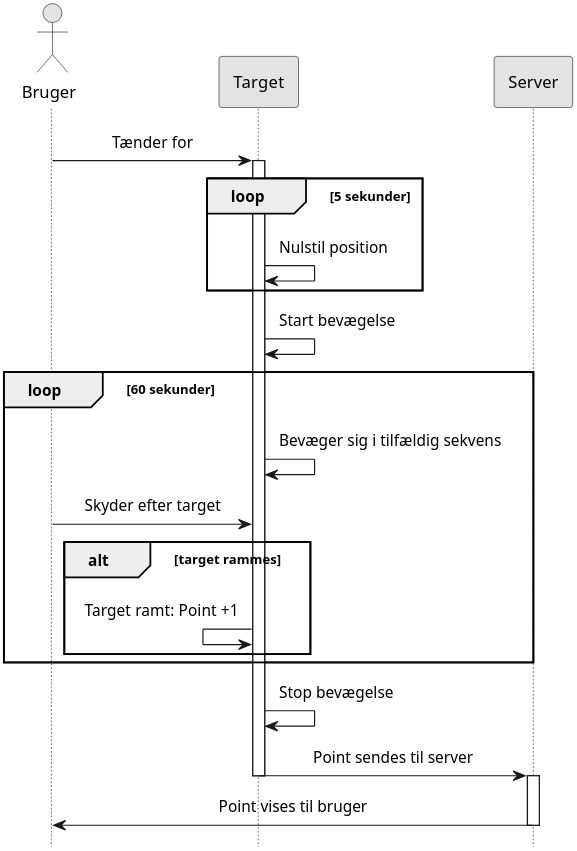
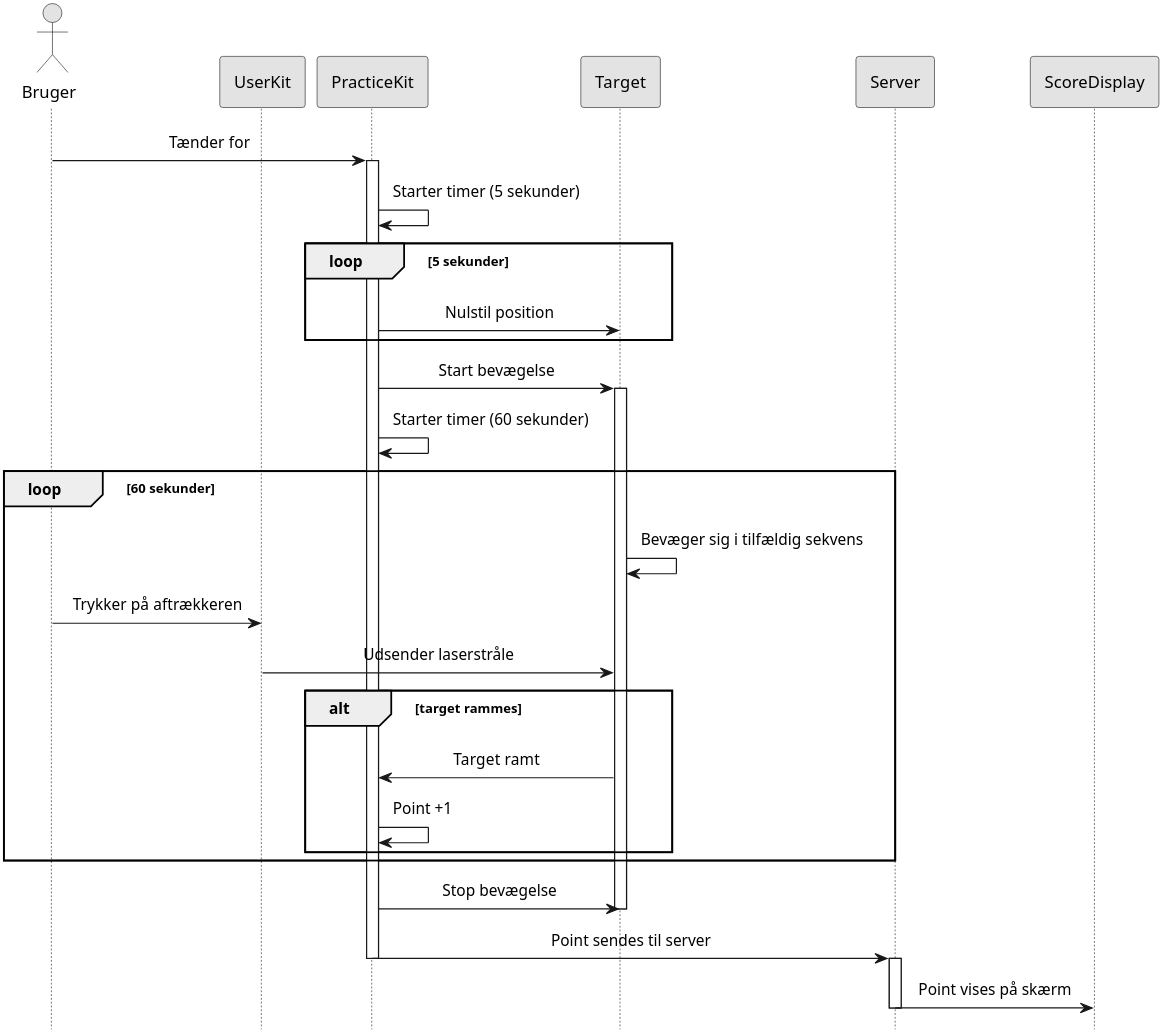
The diagram in PlantUML/ssd_uc1.plantuml (LasseKrarup/Laser-Tag-Project), drawn with PlantUML before and after one commit. The commit also changed 2 other files, not shown here.

```diff
--- a/PlantUML/ssd_uc1.plantuml
+++ b/PlantUML/ssd_uc1.plantuml
@@ -1,46 +1,57 @@
 @startuml ssd-uc1
 
 hide footbox
 
 skinparam {
     monochrome true
     dpi 300
     padding 5
     sequenceMessageAlign center
     packageStyle frame
     shadowing false
     'backgroundColor transparent
 }
 
 actor Bruger as user
 
-participant "Target" as tgt
-participant "Server" as svr
+participant "UserKit" as userKit
+participant "PracticeKit" as practiceKit
+participant "Target" as target
+participant "Server" as server
+participant "ScoreDisplay" as screen
 
 '== Use case 1 ==
+user -> practiceKit: Tænder for
 
-user -> tgt: Tænder for
-activate tgt
+activate practiceKit
+
+practiceKit -> practiceKit: Starter timer (5 sekunder)
 loop 5 sekunder
-    tgt -> tgt: Nulstil position
+    practiceKit -> target: Nulstil position
 end
-tgt -> tgt: Start bevægelse
 
+practiceKit -> target: Start bevægelse
+activate target
+
+practiceKit -> practiceKit: Starter timer (60 sekunder)
 loop 60 sekunder
-    tgt -> tgt: Bevæger sig i tilfældig sekvens
-    user -> tgt: Skyder efter target
+    target -> target: Bevæger sig i tilfældig sekvens
+    user -> userKit: Trykker på aftrækkeren
+    userKit -> target: Udsender laserstråle
 
     alt target rammes
-        tgt <- tgt: Target ramt: Point +1
+        target -> practiceKit: Target ramt
+        practiceKit -> practiceKit: Point +1
     end
 end
 
-tgt -> tgt: Stop bevægelse
+practiceKit -> target: Stop bevægelse
+deactivate target
 
-tgt -> svr: Point sendes til server
-deactivate tgt
-activate svr
-svr -> user: Point vises til bruger
-deactivate svr
+practiceKit -> server: Point sendes til server
+deactivate practiceKit
+activate server
+server -> screen: Point vises på skærm
+deactivate server
 
 @enduml
```
